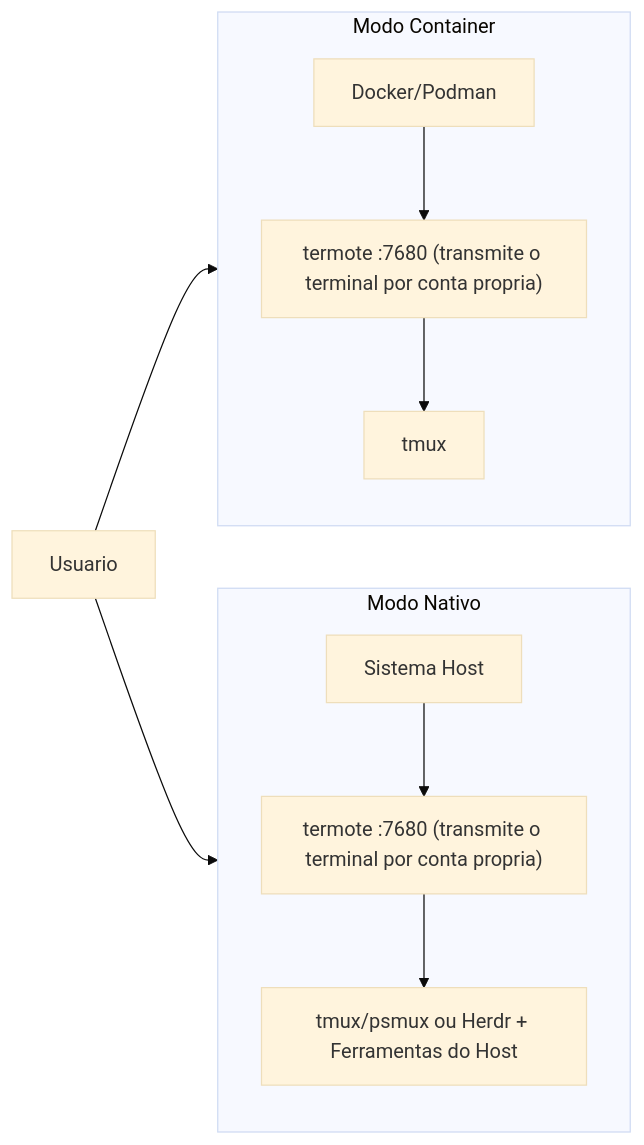
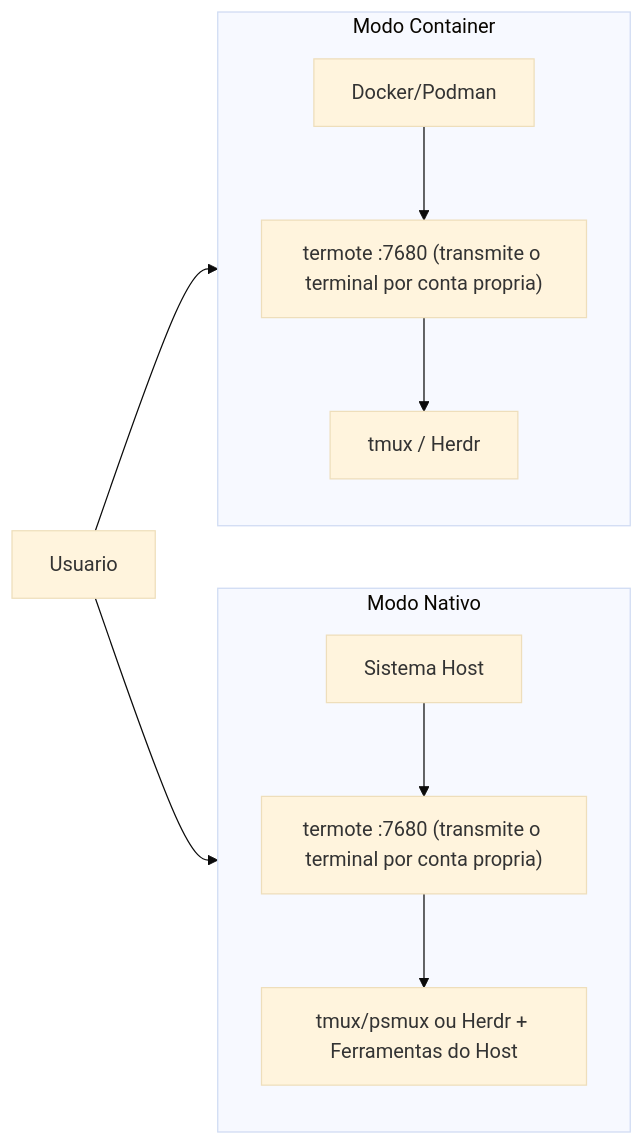
Before and after one commit to lamngockhuong/termote: the second of 2 diagrams in README.pt-BR.md, drawn with Mermaid (base theme). The commit also changed other lines of this file and 36 other files, not shown here.

````diff
--- a/README.pt-BR.md
+++ b/README.pt-BR.md
@@ -217,14 +217,14 @@
 ```mermaid
 flowchart LR
     subgraph Container["Modo Container"]
         direction TB
-        C1["Docker/Podman"] --> C2["termote :7680 (transmite o terminal por conta propria)"] --> C3["tmux"]
+        C1["Docker/Podman"] --> C2["termote :7680 (transmite o terminal por conta propria)"] --> C3["tmux / Herdr"]
     end
 
     subgraph Native["Modo Nativo"]
         direction TB
         N1["Sistema Host"] --> N2["termote :7680 (transmite o terminal por conta propria)"] --> N3["tmux/psmux ou Herdr + Ferramentas do Host"]
     end
 
     User["Usuario"] --> Container & Native
 ```
````
